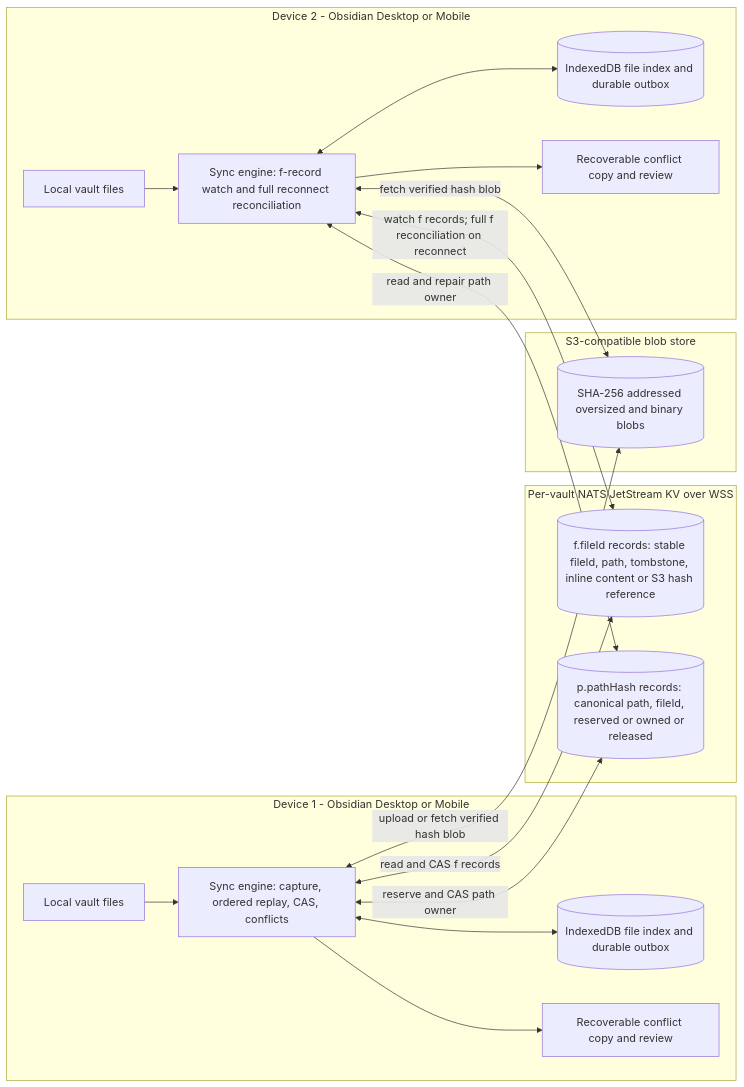
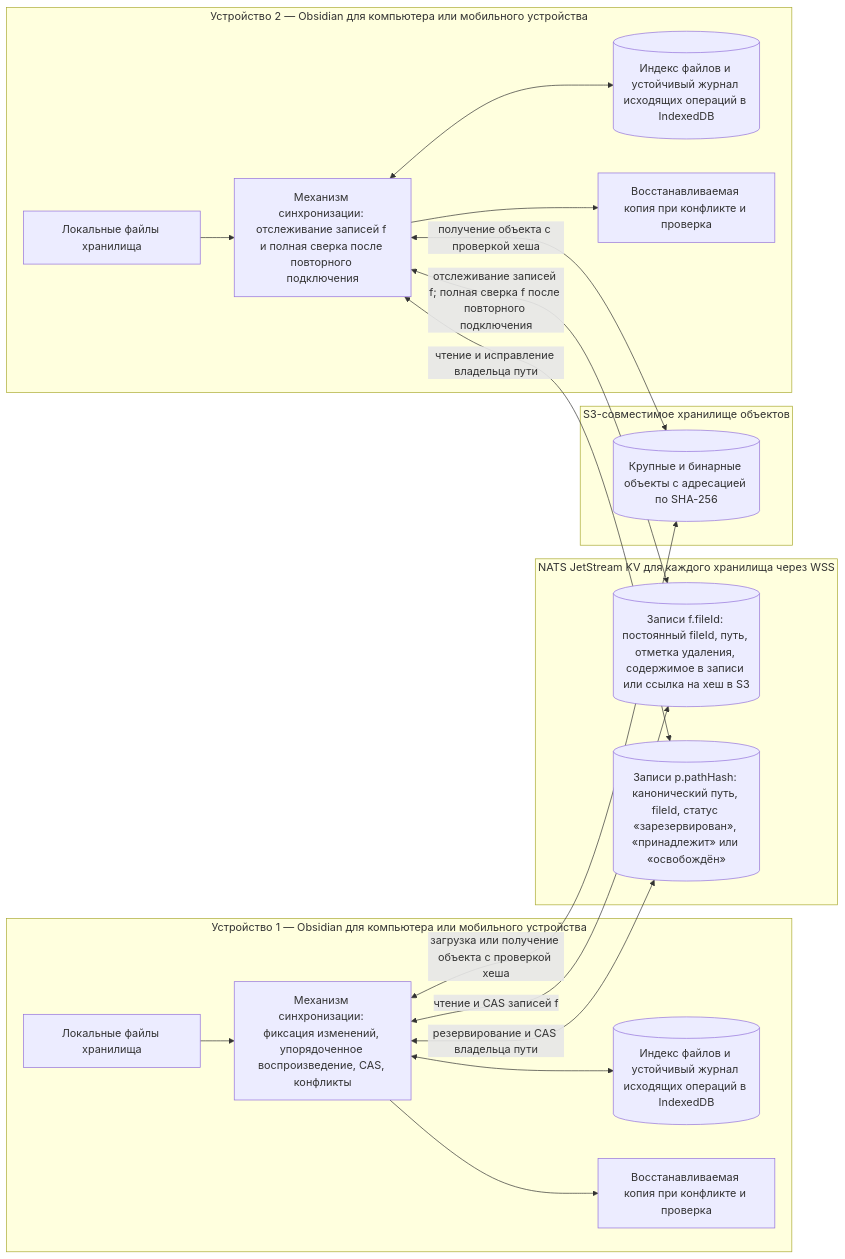
One commit to TheTonyPub/flash-obsidian-sync changed the first of 2 diagrams in openspec/changes/reserve-remote-file-paths/architecture-after.md. Above: the diagram before and after it, drawn with Mermaid. The commit also changed other lines of this file and 19 other files, not shown here.

````diff
--- a/openspec/changes/reserve-remote-file-paths/architecture-after.md
+++ b/openspec/changes/reserve-remote-file-paths/architecture-after.md
@@ -5,38 +5,38 @@
 ```mermaid
 flowchart LR
-  subgraph D1[Device 1 - Obsidian Desktop or Mobile]
-    V1[Local vault files]
-    I1[(IndexedDB file index and durable outbox)]
-    E1[Sync engine: capture, ordered replay, CAS, conflicts]
-    C1[Recoverable conflict copy and review]
+  subgraph D1[Устройство 1 — Obsidian для компьютера или мобильного устройства]
+    V1[Локальные файлы хранилища]
+    I1[(Индекс файлов и устойчивый журнал исходящих операций в IndexedDB)]
+    E1[Механизм синхронизации: фиксация изменений, упорядоченное воспроизведение, CAS, конфликты]
+    C1[Восстанавливаемая копия при конфликте и проверка]
     V1 --> E1
     E1 <--> I1
     E1 --> C1
   end
 
-  subgraph N[Per-vault NATS JetStream KV over WSS]
-    F[(f.fileId records: stable fileId, path, tombstone, inline content or S3 hash reference)]
-    P[(p.pathHash records: canonical path, fileId, reserved or owned or released)]
+  subgraph N[NATS JetStream KV для каждого хранилища через WSS]
+    F[(Записи f.fileId: постоянный fileId, путь, отметка удаления, содержимое в записи или ссылка на хеш в S3)]
+    P[(Записи p.pathHash: канонический путь, fileId, статус «зарезервирован», «принадлежит» или «освобождён»)]
   end
 
-  subgraph S[S3-compatible blob store]
-    B[(SHA-256 addressed oversized and binary blobs)]
+  subgraph S[S3-совместимое хранилище объектов]
+    B[(Крупные и бинарные объекты с адресацией по SHA-256)]
   end
 
-  subgraph D2[Device 2 - Obsidian Desktop or Mobile]
-    V2[Local vault files]
-    I2[(IndexedDB file index and durable outbox)]
-    E2[Sync engine: f-record watch and full reconnect reconciliation]
-    C2[Recoverable conflict copy and review]
+  subgraph D2[Устройство 2 — Obsidian для компьютера или мобильного устройства]
+    V2[Локальные файлы хранилища]
+    I2[(Индекс файлов и устойчивый журнал исходящих операций в IndexedDB)]
+    E2[Механизм синхронизации: отслеживание записей f и полная сверка после повторного подключения]
+    C2[Восстанавливаемая копия при конфликте и проверка]
     V2 --> E2
     E2 <--> I2
     E2 --> C2
   end
 
-  E1 <-->|read and CAS f records| F
-  E1 <-->|reserve and CAS path owner| P
-  E2 <-->|watch f records; full f reconciliation on reconnect| F
-  E2 <-->|read and repair path owner| P
-  E1 <-->|upload or fetch verified hash blob| B
-  E2 <-->|fetch verified hash blob| B
+  E1 <-->|чтение и CAS записей f| F
+  E1 <-->|резервирование и CAS владельца пути| P
+  E2 <-->|отслеживание записей f; полная сверка f после повторного подключения| F
+  E2 <-->|чтение и исправление владельца пути| P
+  E1 <-->|загрузка или получение объекта с проверкой хеша| B
+  E2 <-->|получение объекта с проверкой хеша| B
 ```
````
